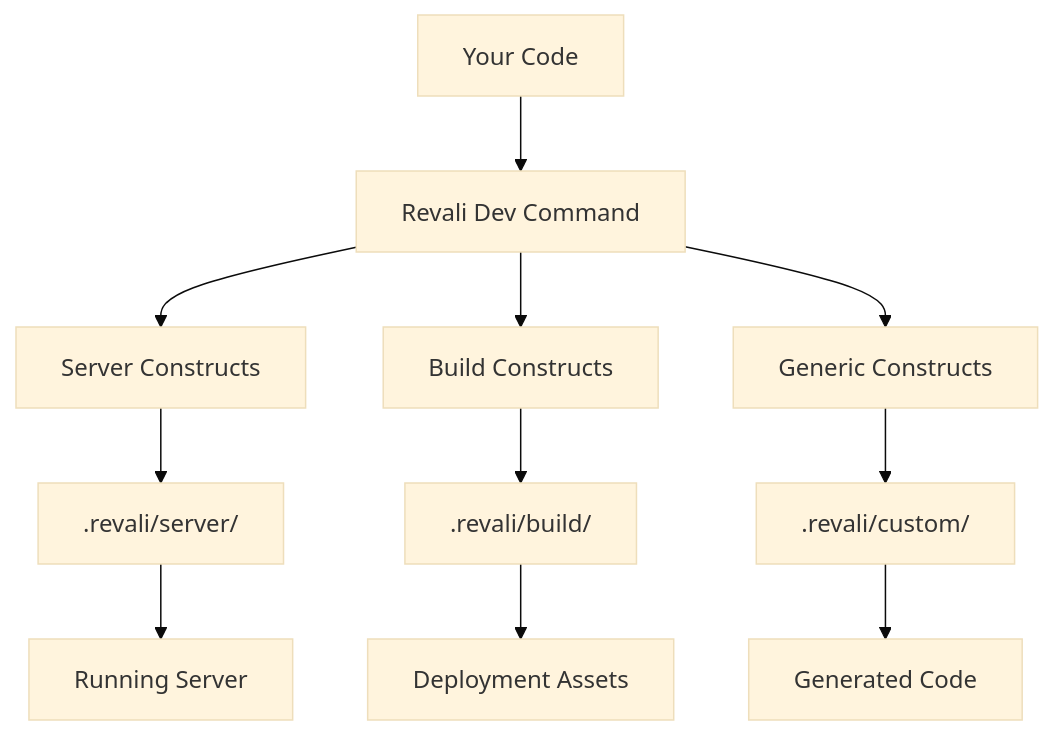
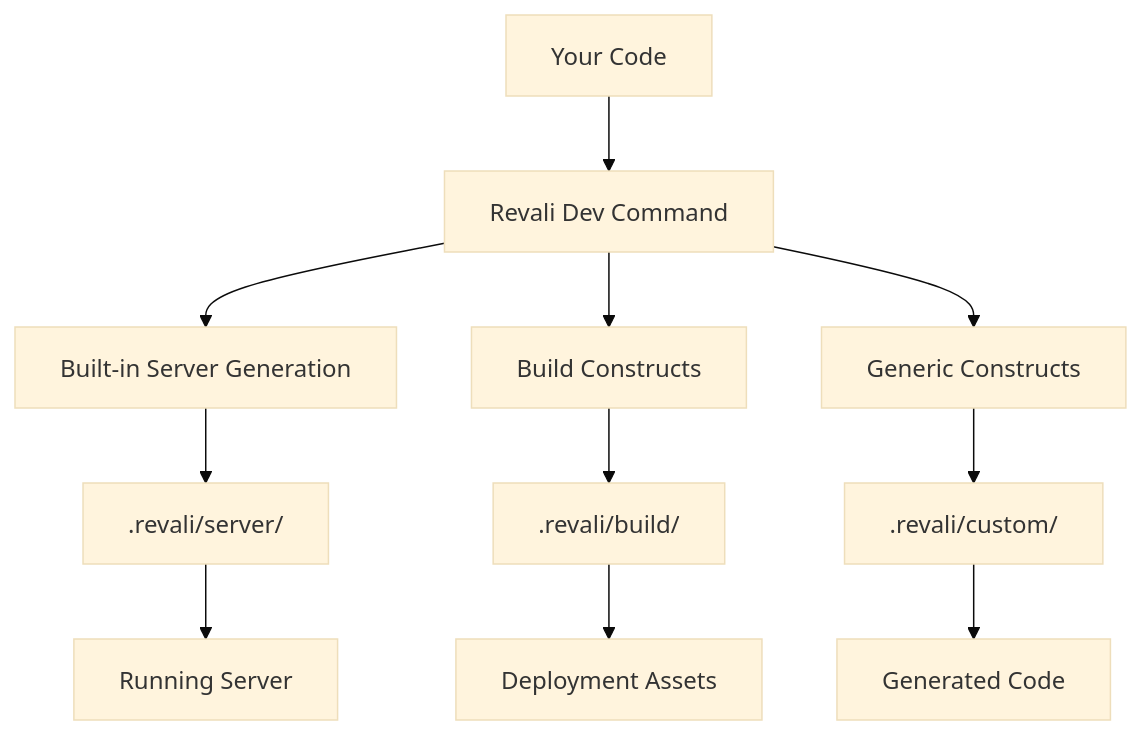
One commit to mrgnhnt96/revali changed the diagram in doc-site/docs/constructs/overview.md. Above: the diagram before and after it, drawn with Mermaid (base theme). The commit also changed other lines of this file and 24 other files, not shown here.

````diff
--- a/doc-site/docs/constructs/overview.md
+++ b/doc-site/docs/constructs/overview.md
@@ -25,15 +25,15 @@
 ```mermaid
 graph TD
     A[Your Code] --> B[Revali Dev Command]
-    B --> C[Server Constructs]
+    B --> C[Built-in Server Generation]
     B --> D[Build Constructs]
     B --> E[Generic Constructs]
 
     C --> F[.revali/server/]
     D --> G[.revali/build/]
     E --> H[.revali/custom/]
 
     F --> I[Running Server]
     G --> J[Deployment Assets]
     H --> K[Generated Code]
 ```
````
